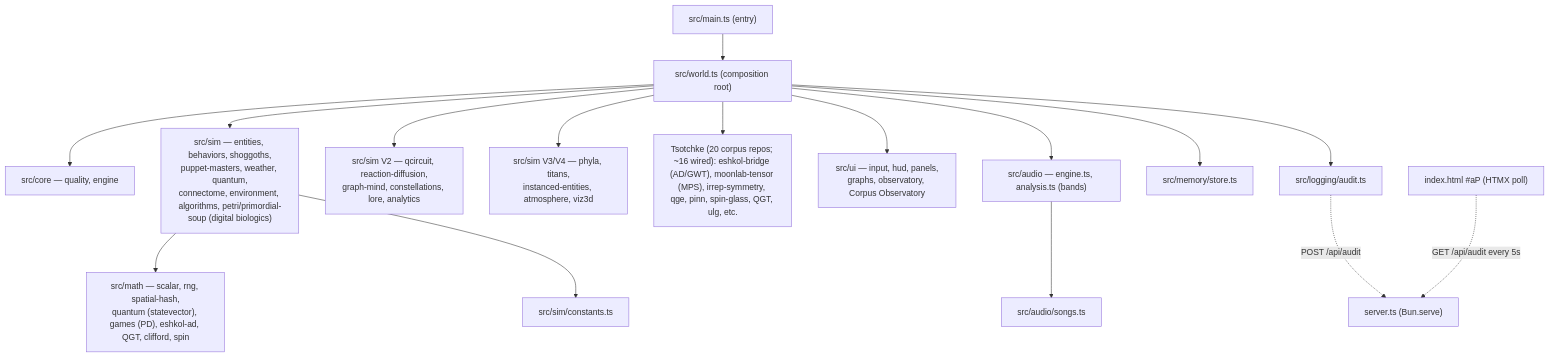
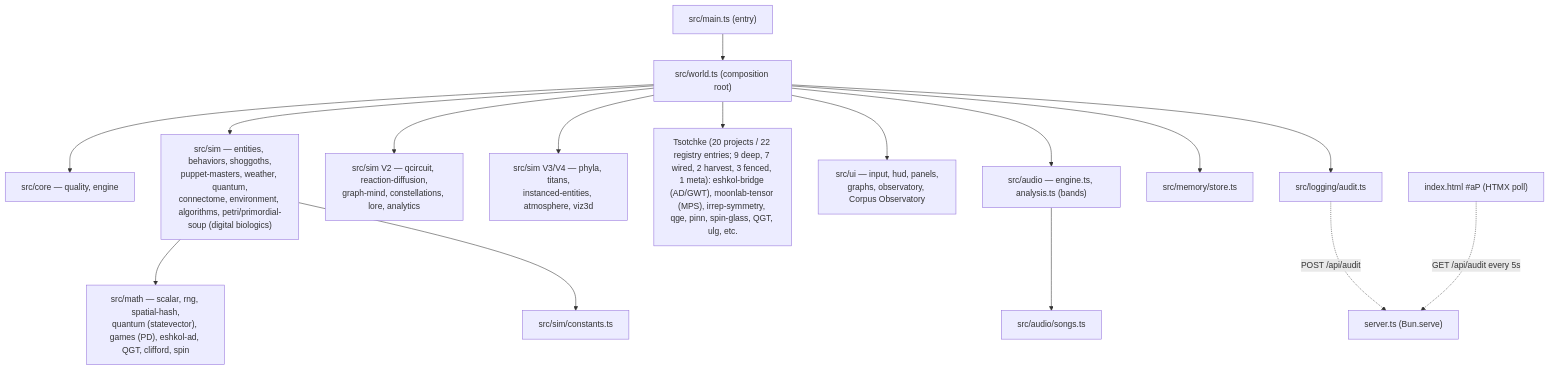
The diagram in README.md (0thernes/cosmogonic-quantum-mechalogodrom), drawn with Mermaid before and after one commit. The commit also changed other lines of this file and 16 other files, not shown here.

````diff
--- a/README.md
+++ b/README.md
@@ -504,18 +504,18 @@
 ```mermaid
 graph TD
   main["src/main.ts (entry)"] --> world["src/world.ts (composition root)"]
   world --> core["src/core — quality, engine"]
   world --> sim["src/sim — entities, behaviors, shoggoths,\npuppet-masters, weather, quantum,\nconnectome, environment, algorithms, petri/primordial-soup (digital biologics)"]
   world --> v2["src/sim V2 — qcircuit, reaction-diffusion,\ngraph-mind, constellations, lore, analytics"]
   world --> v34["src/sim V3/V4 — phyla, titans,\ninstanced-entities, atmosphere, viz3d"]
-  world --> tsotchke["Tsotchke (20 corpus repos; ~16 wired): eshkol-bridge (AD/GWT), moonlab-tensor (MPS), irrep-symmetry, qge, pinn, spin-glass, QGT, ulg, etc."]
+  world --> tsotchke["Tsotchke (20 projects / 22 registry entries; 9 deep, 7 wired, 2 harvest, 3 fenced, 1 meta): eshkol-bridge (AD/GWT), moonlab-tensor (MPS), irrep-symmetry, qge, pinn, spin-glass, QGT, ulg, etc."]
   world --> ui["src/ui — input, hud, panels,\ngraphs, observatory, Corpus Observatory"]
   world --> audio["src/audio — engine.ts, analysis.ts (bands)"]
   world --> mem["src/memory/store.ts"]
   world --> audit["src/logging/audit.ts"]
   sim --> math["src/math — scalar, rng, spatial-hash,\nquantum (statevector), games (PD), eshkol-ad, QGT, clifford, spin"]
   sim --> constants["src/sim/constants.ts"]
   audio --> songs["src/audio/songs.ts"]
   audit -. "POST /api/audit" .-> server["server.ts (Bun.serve)"]
   htmx["index.html #aP (HTMX poll)"] -. "GET /api/audit every 5s" .-> server
 ```
````
